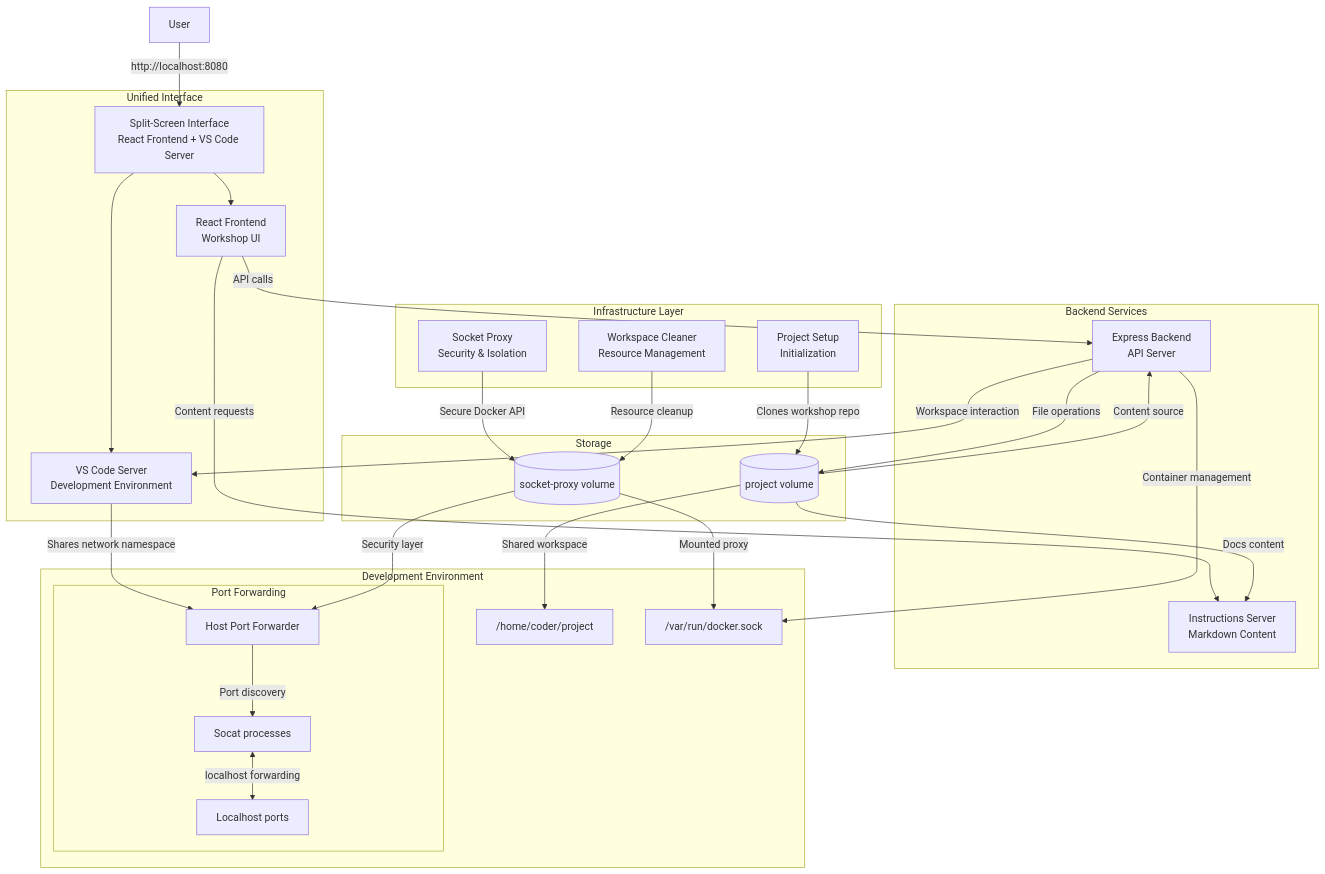
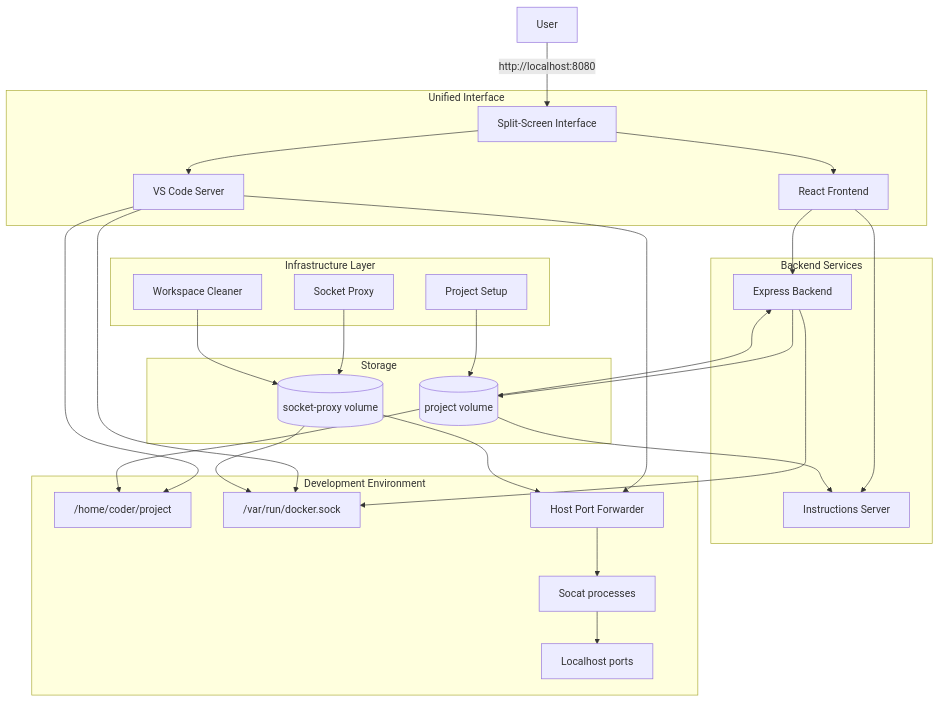
One commit to ajeetraina/workshop-poc-infra changed the diagram in README.md. Above: the diagram before and after it, drawn with Mermaid.

Commit message:
Simplify mermaid diagram to fix GitHub compatibility issues

````diff
--- a/README.md
+++ b/README.md
@@ -11,59 +11,55 @@
 ```mermaid
 flowchart TD
-    User[User] -->|http://localhost:8080| SplitScreen
+    User[User] -->|http://localhost:8080| SplitScreen[Split-Screen Interface]
 
     subgraph "Unified Interface"
-        SplitScreen[Split-Screen Interface<br/>React Frontend + VS Code Server]
-        SplitScreen --> Frontend[React Frontend<br/>Workshop UI]
-        SplitScreen --> VSCode[VS Code Server<br/>Development Environment]
+        SplitScreen --> Frontend[React Frontend]
+        SplitScreen --> VSCode[VS Code Server]
     end
 
     subgraph "Backend Services"
-        Backend[Express Backend<br/>API Server]
-        Instructions[Instructions Server<br/>Markdown Content]
+        Backend[Express Backend]
+        Instructions[Instructions Server]
         
-        Frontend -->|API calls| Backend
-        Frontend -->|Content requests| Instructions
+        Frontend --> Backend
+        Frontend --> Instructions
     end
 
     subgraph "Development Environment"
-        project["/home/coder/project"]
-        socket["/var/run/docker.sock"]
+        VSCode --> project["/home/coder/project"]
+        VSCode --> socket["/var/run/docker.sock"]
         
-        subgraph "Port Forwarding"
-            localhostPorts[Localhost ports]
-            socat[Socat processes]
-            Forwarder[Host Port Forwarder]
-        end
+        Forwarder[Host Port Forwarder]
+        socat[Socat processes]
+        localhostPorts[Localhost ports]
+        
+        VSCode --> Forwarder
+        Forwarder --> socat
+        socat --> localhostPorts
     end
 
     subgraph "Infrastructure Layer"
-        Setup[Project Setup<br/>Initialization]
-        ProxyContainer[Socket Proxy<br/>Security & Isolation]
-        WorkspaceCleaner[Workspace Cleaner<br/>Resource Management]
+        Setup[Project Setup]
+        ProxyContainer[Socket Proxy]
+        WorkspaceCleaner[Workspace Cleaner]
     end
 
     subgraph "Storage"
         Volume[(project volume)]
         SocketVolume[(socket-proxy volume)]
     end
 
-    Setup -->|Clones workshop repo| Volume
-    Volume -->|Shared workspace| project
-    Volume -->|Content source| Backend
-    Volume -->|Docs content| Instructions
+    Setup --> Volume
+    Volume --> project
+    Volume --> Backend
+    Volume --> Instructions
 
-    Backend -->|File operations| Volume
-    Backend -->|Container management| socket
-    Backend -->|Workspace interaction| VSCode
+    Backend --> Volume
+    Backend --> socket
 
-    VSCode -->|Shares network namespace| Forwarder
-    Forwarder -->|Port discovery| socat
-    socat <-->|localhost forwarding| localhostPorts
+    ProxyContainer --> SocketVolume
+    SocketVolume --> socket
+    SocketVolume --> Forwarder
 
-    ProxyContainer -->|Secure Docker API| SocketVolume
-    SocketVolume -->|Mounted proxy| socket
-    SocketVolume -->|Security layer| Forwarder
-
-    WorkspaceCleaner -->|Resource cleanup| SocketVolume
+    WorkspaceCleaner --> SocketVolume
 ```
````
